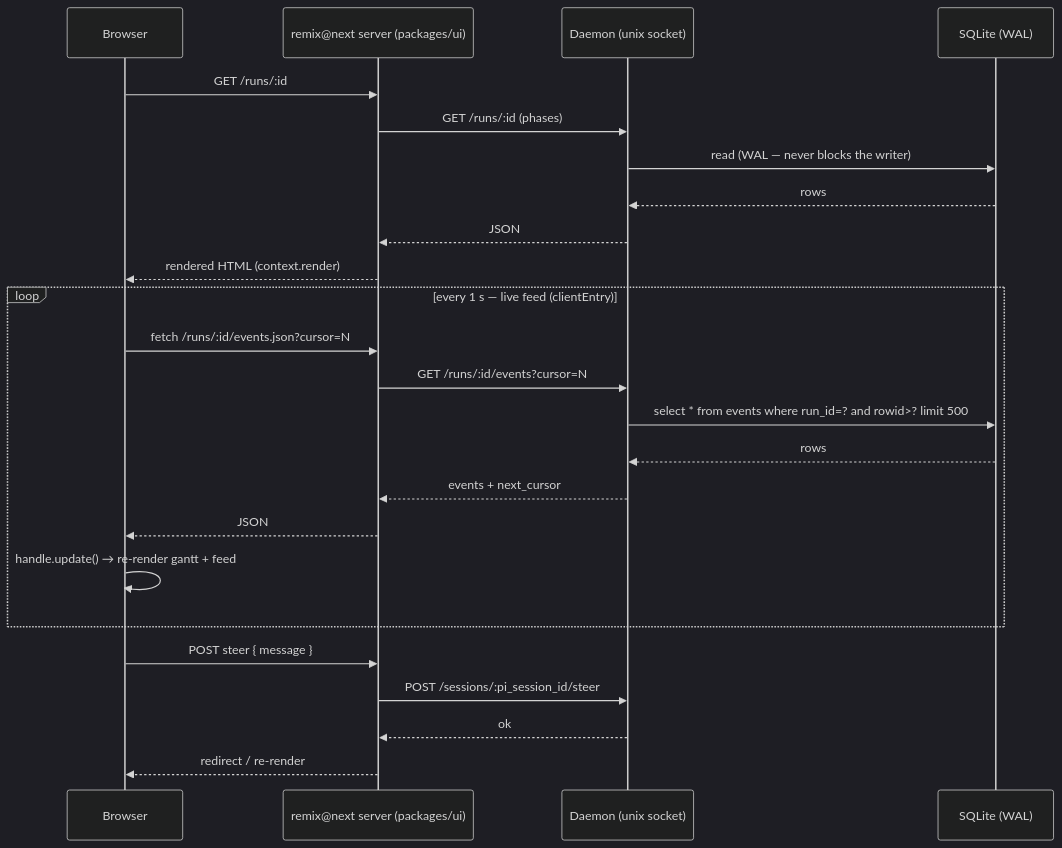
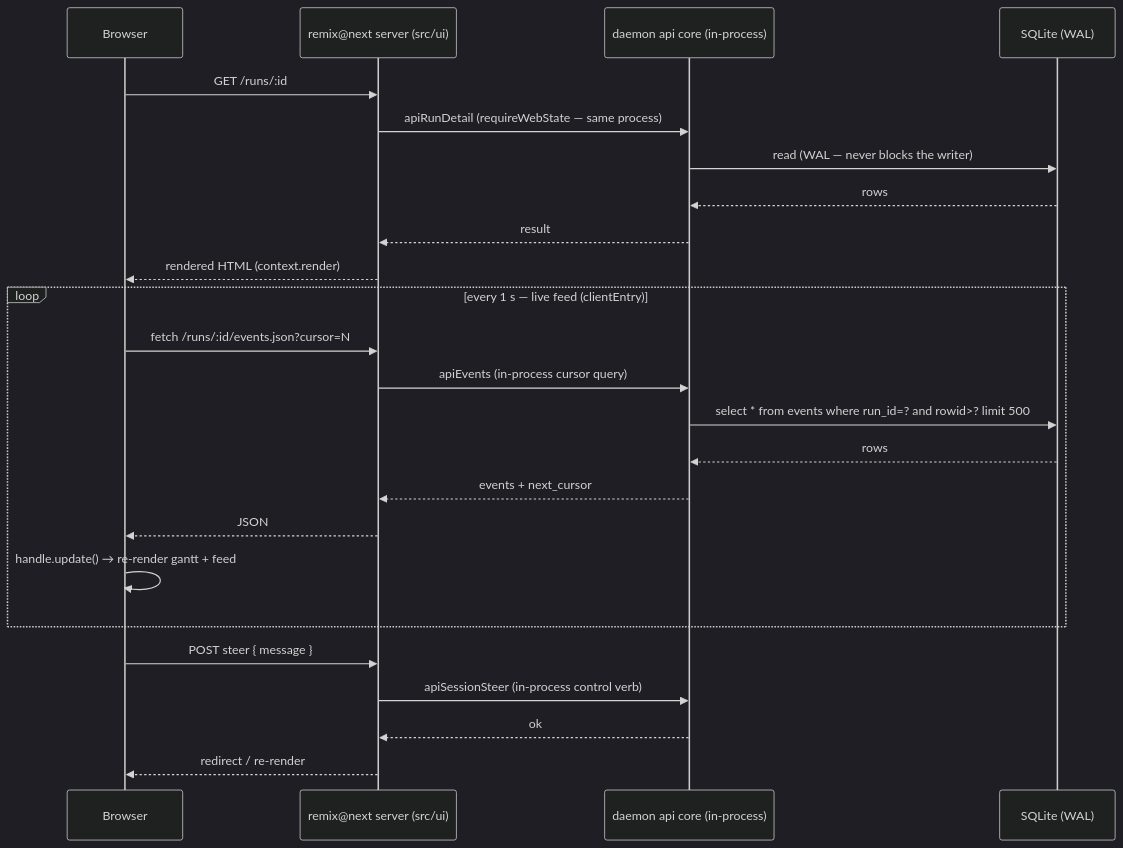
Before and after one commit to trevor-atlas/showrunner: the second of 2 diagrams in docs/spec/05-ui-dashboard.md, drawn with Mermaid (dark theme). The commit also changed other lines of this file and 220 other files, not shown here.

````diff
--- a/docs/spec/05-ui-dashboard.md
+++ b/docs/spec/05-ui-dashboard.md
@@ -84,26 +84,26 @@
 ```mermaid
 sequenceDiagram
     participant B as Browser
-    participant U as remix@next server (packages/ui)
-    participant D as Daemon (unix socket)
+    participant U as remix@next server (src/ui)
+    participant C as daemon api core (in-process)
     participant S as SQLite (WAL)
     B->>U: GET /runs/:id
-    U->>D: GET /runs/:id (phases)
-    D->>S: read (WAL — never blocks the writer)
-    S-->>D: rows
-    D-->>U: JSON
+    U->>C: apiRunDetail (requireWebState — same process)
+    C->>S: read (WAL — never blocks the writer)
+    S-->>C: rows
+    C-->>U: result
     U-->>B: rendered HTML (context.render)
     loop every 1 s — live feed (clientEntry)
         B->>U: fetch /runs/:id/events.json?cursor=N
-        U->>D: GET /runs/:id/events?cursor=N
-        D->>S: select * from events where run_id=? and rowid>? limit 500
-        S-->>D: rows
-        D-->>U: events + next_cursor
+        U->>C: apiEvents (in-process cursor query)
+        C->>S: select * from events where run_id=? and rowid>? limit 500
+        S-->>C: rows
+        C-->>U: events + next_cursor
         U-->>B: JSON
         B->>B: handle.update() → re-render gantt + feed
     end
     B->>U: POST steer { message }
-    U->>D: POST /sessions/:pi_session_id/steer
-    D-->>U: ok
+    U->>C: apiSessionSteer (in-process control verb)
+    C-->>U: ok
     U-->>B: redirect / re-render
 ```
````
